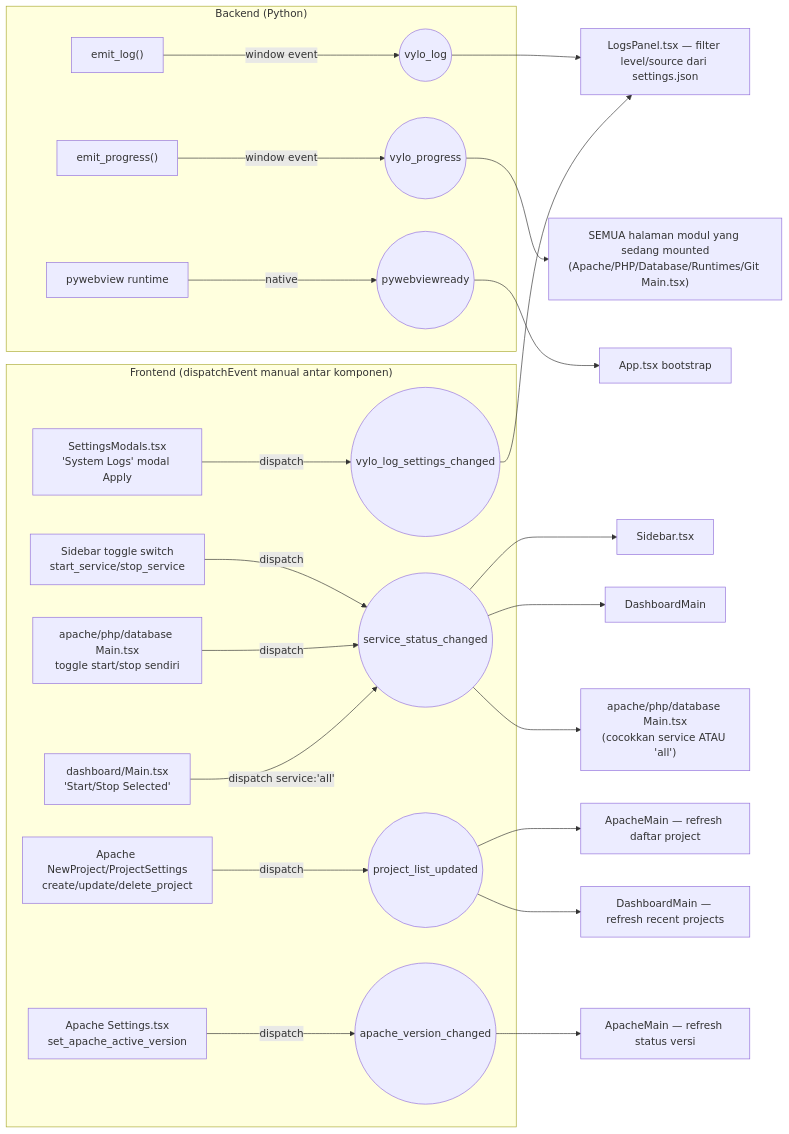
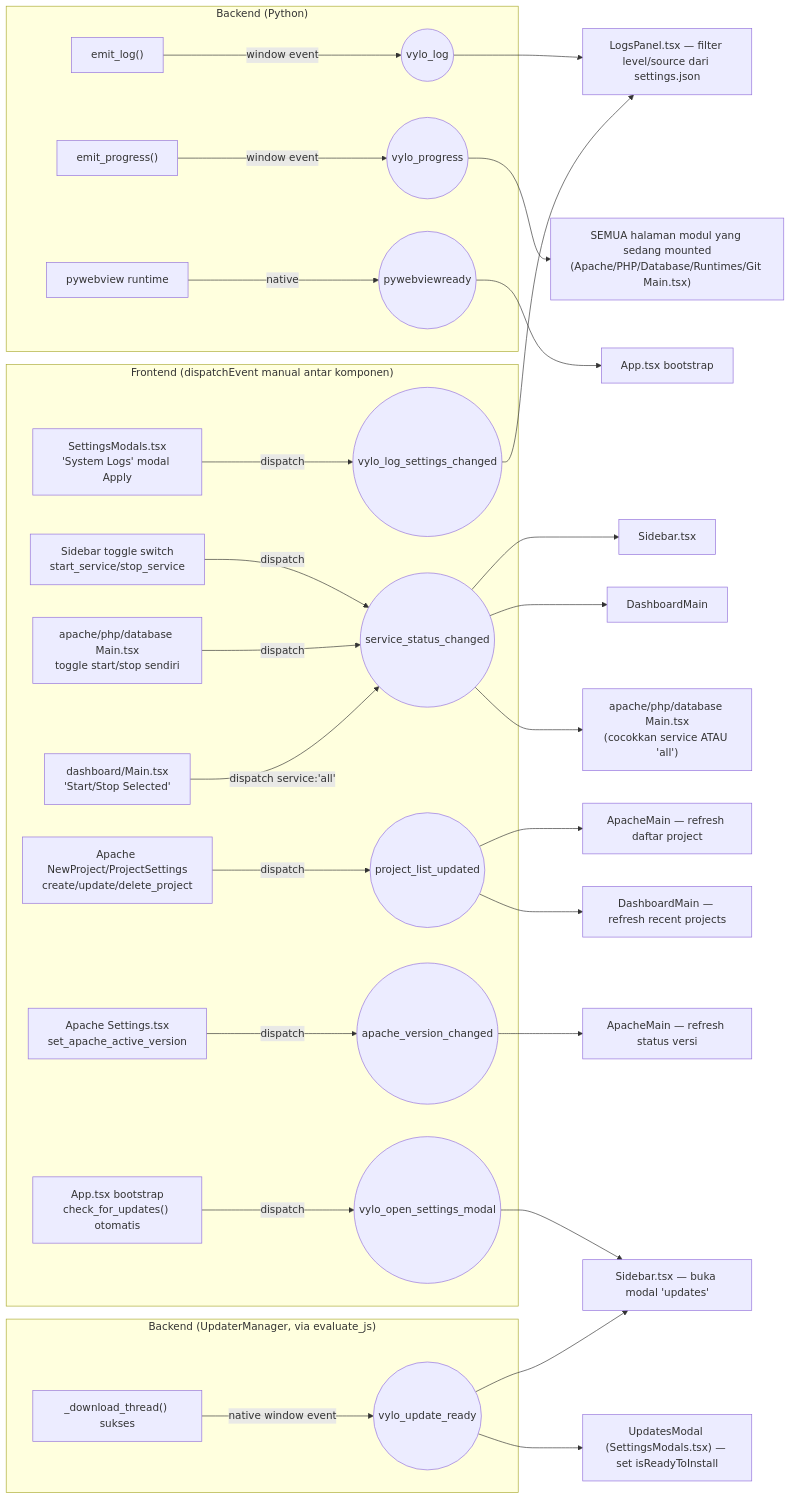
One commit to authntcG/vyloserve changed the third of 9 diagrams in docs/frontend_ui.md. Above: the diagram before and after it, drawn with Mermaid. The commit also changed other lines of this file and 10 other files, not shown here.

````diff
--- a/docs/frontend_ui.md
+++ b/docs/frontend_ui.md
@@ -154,25 +155,32 @@
 ```mermaid
 flowchart LR
     subgraph Backend["Backend (Python)"]
         EL["emit_log()"] -->|window event| VLOG(("vylo_log"))
         EP["emit_progress()"] -->|window event| VPROG(("vylo_progress"))
         PWV["pywebview runtime"] -->|native| PWR(("pywebviewready"))
     end
 
     subgraph Frontend["Frontend (dispatchEvent manual antar komponen)"]
         SidebarToggle["Sidebar toggle switch<br/>start_service/stop_service"] -->|dispatch| SSC(("service_status_changed"))
         ModuleToggles["apache/php/database Main.tsx<br/>toggle start/stop sendiri"] -->|dispatch| SSC
         DashToggle["dashboard/Main.tsx<br/>'Start/Stop Selected'"] -->|dispatch service:'all'| SSC
         ApacheCRUD["Apache NewProject/ProjectSettings<br/>create/update/delete_project"] -->|dispatch| PLU(("project_list_updated"))
         ApacheSettings["Apache Settings.tsx<br/>set_apache_active_version"] -->|dispatch| AVC(("apache_version_changed"))
         LogSettingsModal["SettingsModals.tsx<br/>'System Logs' modal Apply"] -->|dispatch| VLSC(("vylo_log_settings_changed"))
+        AppStartupCheck["App.tsx bootstrap<br/>check_for_updates() otomatis"] -->|dispatch| VOSM(("vylo_open_settings_modal"))
+    end
+
+    subgraph BackendUpdater["Backend (UpdaterManager, via evaluate_js)"]
+        DLThread["_download_thread() sukses"] -->|native window event| VUR(("vylo_update_ready"))
     end
 
     VLOG --> LogsPanel[LogsPanel.tsx — filter level/source dari settings.json]
     VPROG --> AllPages["SEMUA halaman modul yang sedang mounted<br/>(Apache/PHP/Database/Runtimes/Git Main.tsx)"]
     PWR --> App[App.tsx bootstrap]
     SSC --> Sidebar2[Sidebar.tsx] & Dashboard2[DashboardMain] & ModulePages["apache/php/database Main.tsx<br/>(cocokkan service ATAU 'all')"]
     PLU --> ApacheMain2[ApacheMain — refresh daftar project] & Dashboard3[DashboardMain — refresh recent projects]
     AVC --> ApacheMain3[ApacheMain — refresh status versi]
     VLSC --> LogsPanel
+    VOSM --> Sidebar3["Sidebar.tsx — buka modal 'updates'"]
+    VUR --> Sidebar3 & UpdatesModal2["UpdatesModal (SettingsModals.tsx) — set isReadyToInstall"]
 ```
````
